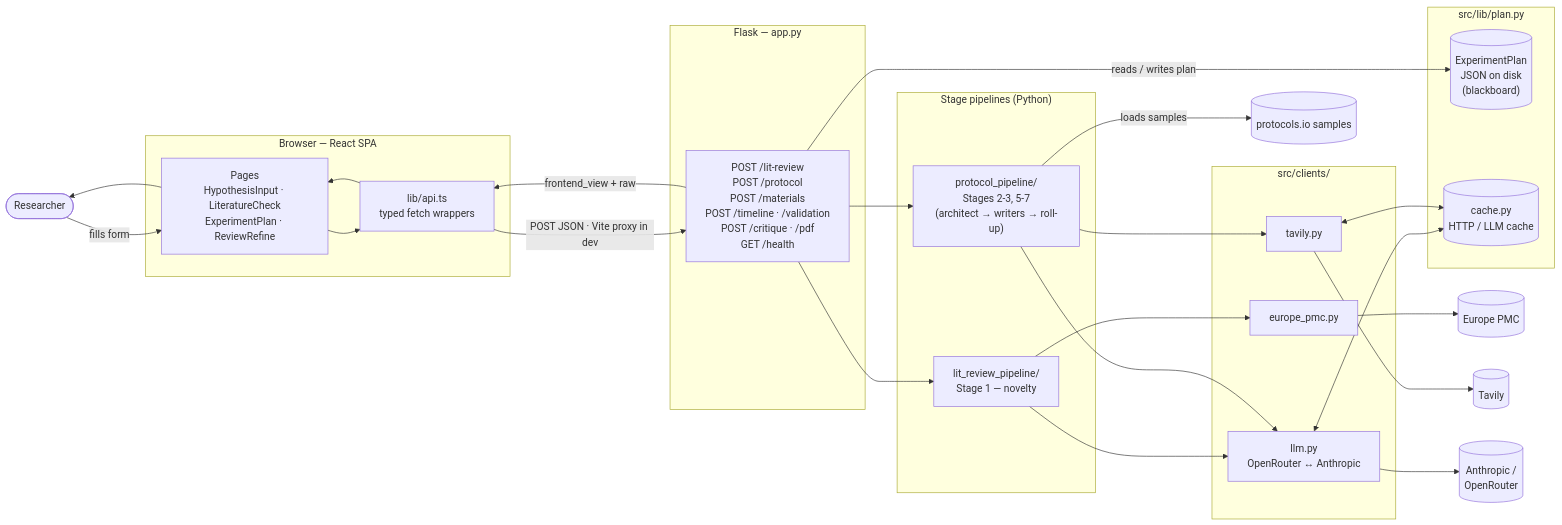
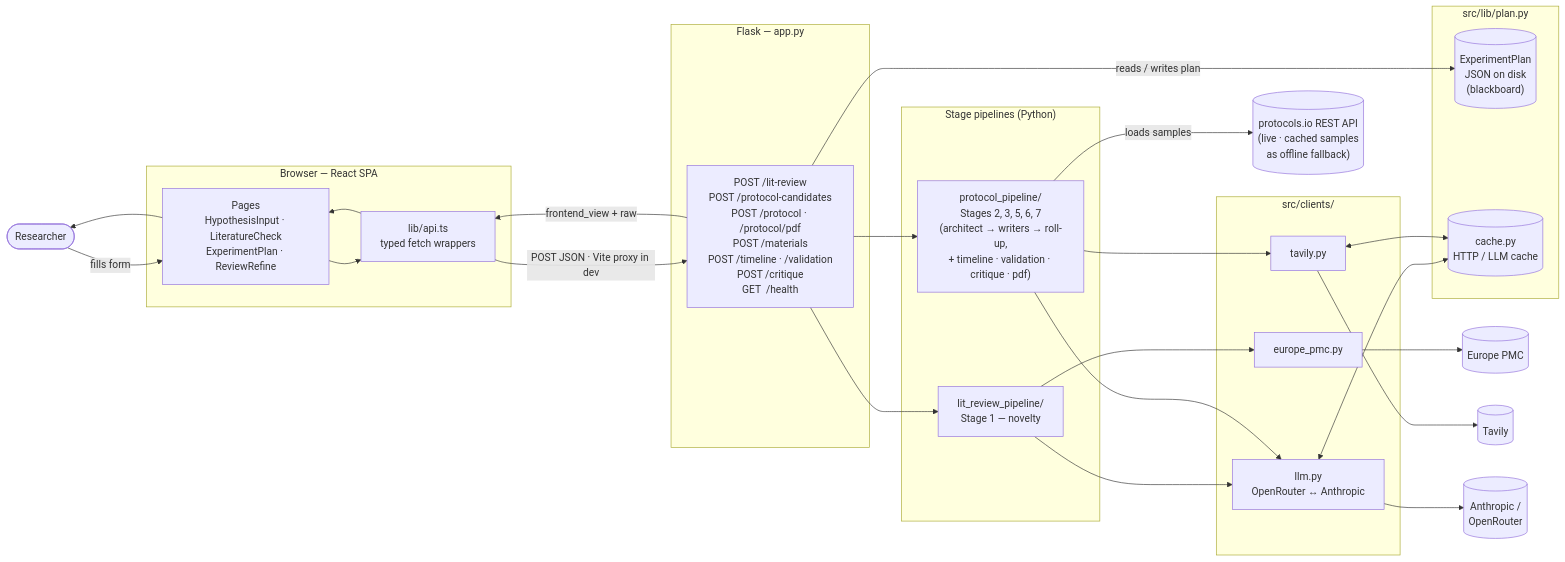
Before and after one commit to arogya-gyawali/AI_Scientist_Assistant: the diagram in technical_details.md, drawn with Mermaid. The commit also changed other lines of this file and 4 other files, not shown here.

````diff
--- a/technical_details.md
+++ b/technical_details.md
@@ -7,59 +7,59 @@
 ```mermaid
 flowchart LR
     User([Researcher])
 
     subgraph Browser["Browser — React SPA"]
         Pages["Pages<br/>HypothesisInput · LiteratureCheck<br/>ExperimentPlan · ReviewRefine"]
         ApiClient["lib/api.ts<br/>typed fetch wrappers"]
     end
 
     subgraph Server["Flask — app.py"]
-        Endpoints["POST /lit-review<br/>POST /protocol<br/>POST /materials<br/>POST /timeline · /validation<br/>POST /critique · /pdf<br/>GET  /health"]
+        Endpoints["POST /lit-review<br/>POST /protocol-candidates<br/>POST /protocol · /protocol/pdf<br/>POST /materials<br/>POST /timeline · /validation<br/>POST /critique<br/>GET  /health"]
     end
 
     subgraph Pipelines["Stage pipelines (Python)"]
         S1["lit_review_pipeline/<br/>Stage 1 — novelty"]
-        S2["protocol_pipeline/<br/>Stages 2-3, 5-7<br/>(architect → writers → roll-up)"]
+        S2["protocol_pipeline/<br/>Stages 2, 3, 5, 6, 7<br/>(architect → writers → roll-up,<br/>+ timeline · validation · critique · pdf)"]
     end
 
     subgraph Clients["src/clients/"]
         LLM["llm.py<br/>OpenRouter ↔ Anthropic"]
         EPMC["europe_pmc.py"]
         Tavily["tavily.py"]
     end
 
     subgraph Store["src/lib/plan.py"]
         Plan[("ExperimentPlan<br/>JSON on disk<br/>(blackboard)")]
         Cache[("cache.py<br/>HTTP / LLM cache")]
     end
 
     External1[("Europe PMC")]
-    External2[("protocols.io samples")]
+    External2[("protocols.io REST API<br/>(live · cached samples<br/>as offline fallback)")]
     External3[("Tavily")]
     External4[("Anthropic /<br/>OpenRouter")]
 
     User -->|fills form| Pages
     Pages --> ApiClient
     ApiClient -->|POST JSON · Vite proxy in dev| Endpoints
 
     Endpoints -->|reads / writes plan| Plan
     Endpoints --> S1
     Endpoints --> S2
 
     S1 --> LLM
     S1 --> EPMC
     EPMC --> External1
 
     S2 --> LLM
     S2 -->|loads samples| External2
     S2 --> Tavily
     Tavily --> External3
     LLM --> External4
 
     LLM <--> Cache
     Tavily <--> Cache
 
     Endpoints -->|frontend_view + raw| ApiClient
     ApiClient --> Pages
     Pages --> User
 ```
````
